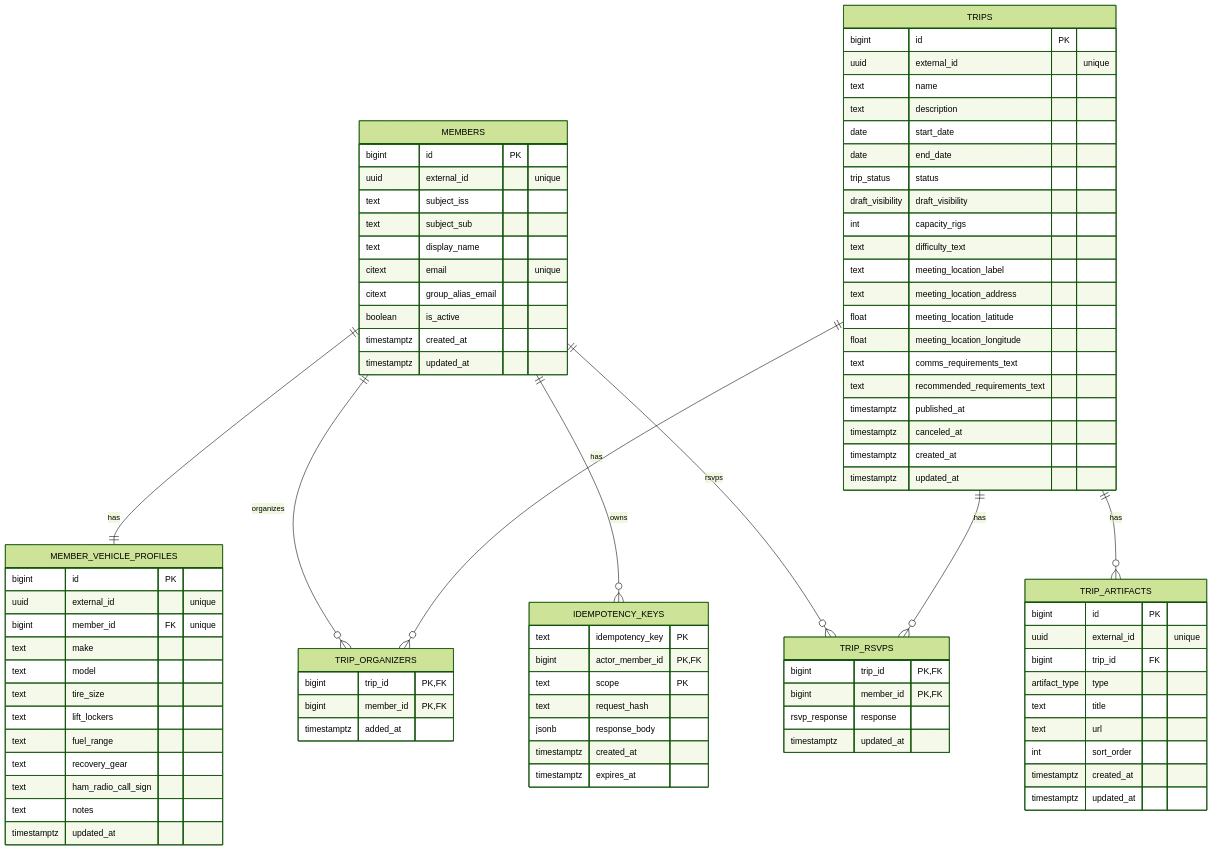
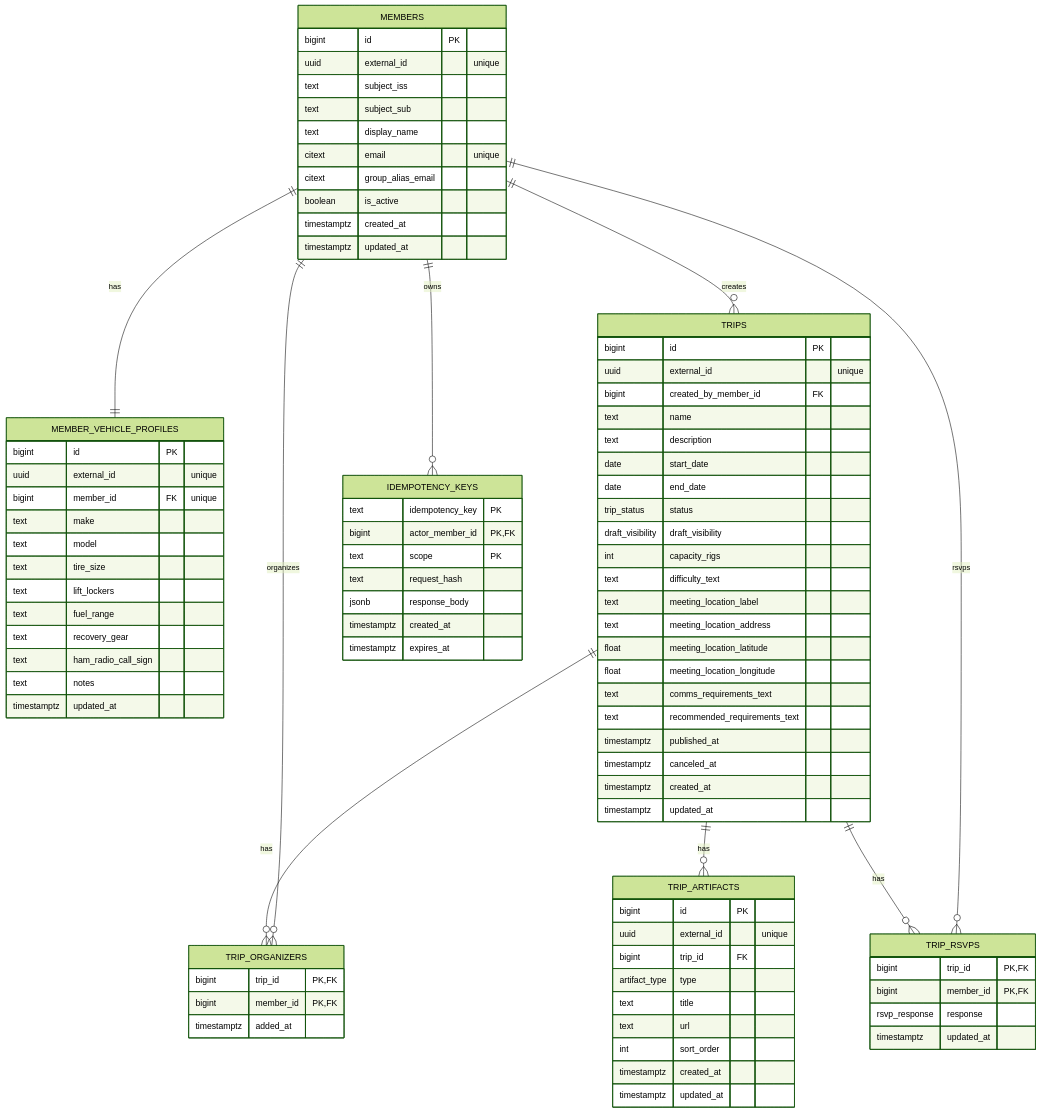
The diagram in docs/diagrams/database-schema.md (BennettSmith/eastbay-overland-rally-planner), drawn with Mermaid (forest theme) before and after one commit. The commit also changed other lines of this file and 5 other files, not shown here.

```diff
--- a/docs/diagrams/database-schema.md
+++ b/docs/diagrams/database-schema.md
@@ -35,6 +35,7 @@
   TRIPS {
     bigint id PK
     uuid external_id "unique"
+    bigint created_by_member_id FK
     text name
     text description
     date start_date
@@ -92,6 +93,8 @@
 
   MEMBERS ||--|| MEMBER_VEHICLE_PROFILES : "has"
 
+  MEMBERS ||--o{ TRIPS : "creates"
+
   TRIPS ||--o{ TRIP_ORGANIZERS : "has"
   MEMBERS ||--o{ TRIP_ORGANIZERS : "organizes"
 
```
